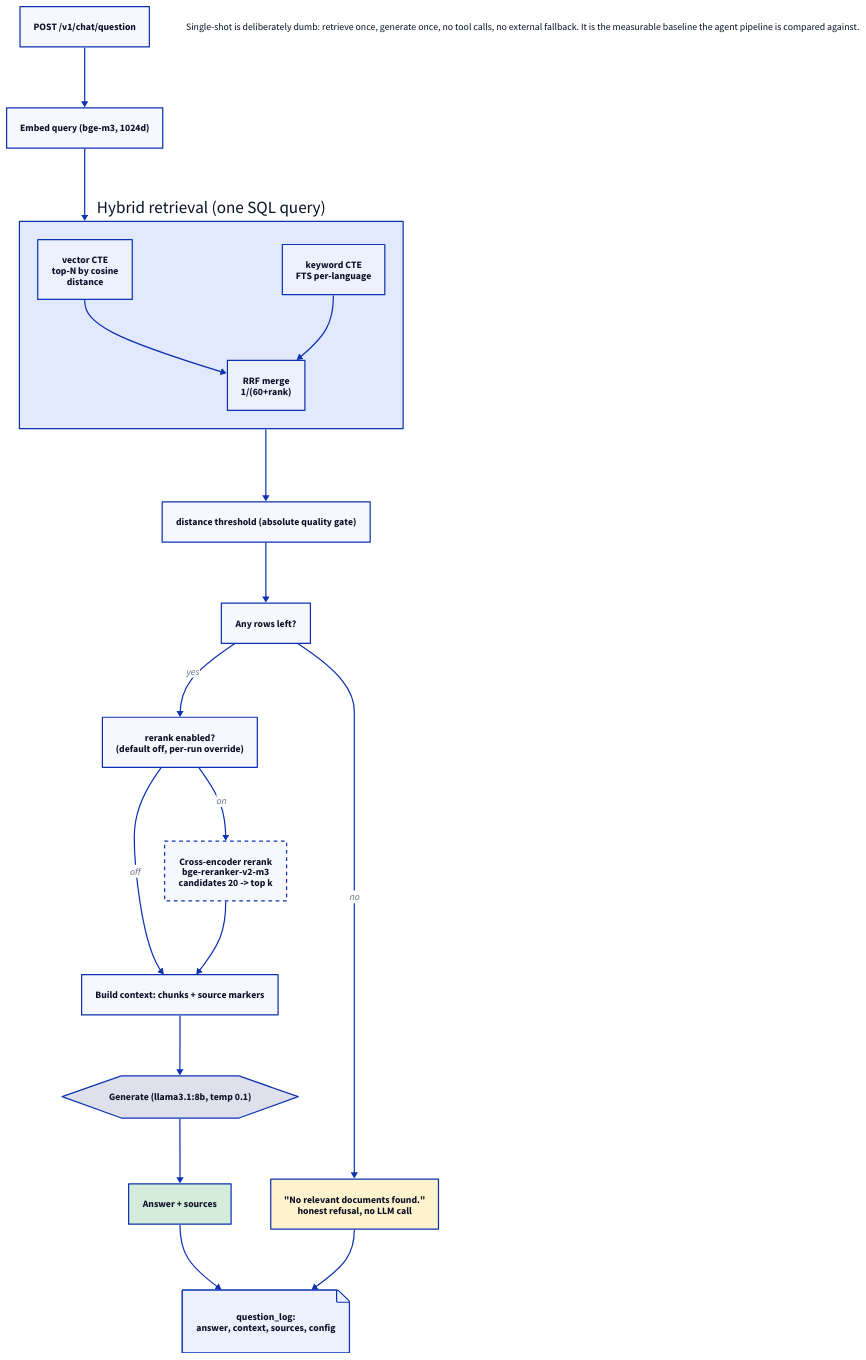
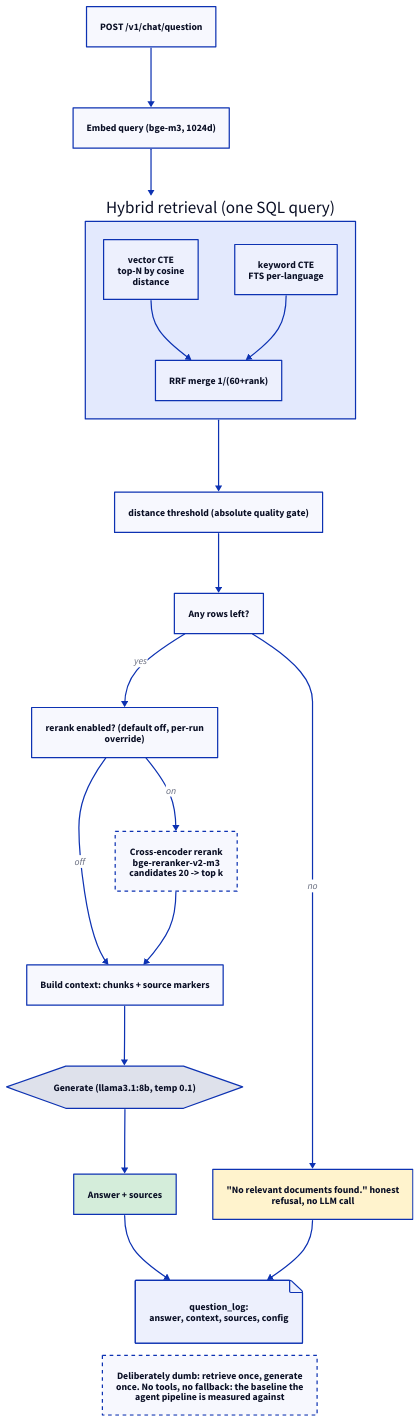
Before and after one commit to rikitikitav1/rag-lab: the diagram in docs/diagrams/single_shot_flow.d2, drawn with D2. The commit also changed 14 other files, not shown here.

First line of the commit message:
Wrap diagram labels by word and stop notes from floating

```diff
--- a/docs/diagrams/single_shot_flow.d2
+++ b/docs/diagrams/single_shot_flow.d2
@@ -1,51 +1,50 @@
 direction: down
 
 q: POST /v1/chat/question
 embed: "Embed query (bge-m3, 1024d)"
 
 retrieval: Hybrid retrieval (one SQL query) {
   direction: right
   vector: vector CTE\ntop-N by cosine\ndistance
   keyword: keyword CTE\nFTS per-language
-  rrf: "RRF merge\n1/(60+rank)"
+  rrf: "RRF merge 1/(60+rank)"
   vector -> rrf
   keyword -> rrf
 }
 
 threshold: "distance threshold (absolute quality gate)"
 gate: Any rows left?
 
-rerank_q: "rerank enabled?\n(default off, per-run override)"
+rerank_q: "rerank enabled? (default off, per-run\noverride)"
 rerank: Cross-encoder rerank\nbge-reranker-v2-m3\ncandidates 20 -> top k {
   style.stroke-dash: 3
 }
 
 ctx: "Build context: chunks + source markers"
 gen: "Generate (llama3.1:8b, temp 0.1)" {
   shape: hexagon
 }
 answer: Answer + sources {
   style.fill: "#d4edda"
 }
-refuse: "\"No relevant documents found.\"\nhonest refusal, no LLM call" {
+refuse: "\"No relevant documents found.\" honest\nrefusal, no LLM call" {
   style.fill: "#fff3cd"
 }
 log: question_log:\nanswer, context, sources, config {
   shape: page
 }
 
 q -> embed -> retrieval -> threshold -> gate
 gate -> refuse: no
 gate -> rerank_q: yes
 rerank_q -> rerank: on
 rerank_q -> ctx: off
 rerank -> ctx
 ctx -> gen -> answer
 answer -> log
 refuse -> log
 
-note: |md
-  Single-shot is deliberately dumb: retrieve once, generate once,
-  no tool calls, no external fallback. It is the measurable
-  baseline the agent pipeline is compared against.
-|
+note: "Deliberately dumb: retrieve once, generate\nonce. No tools, no fallback: the baseline the\nagent pipeline is measured against" {
+  near: bottom-center
+  style.stroke-dash: 3
+}
```
